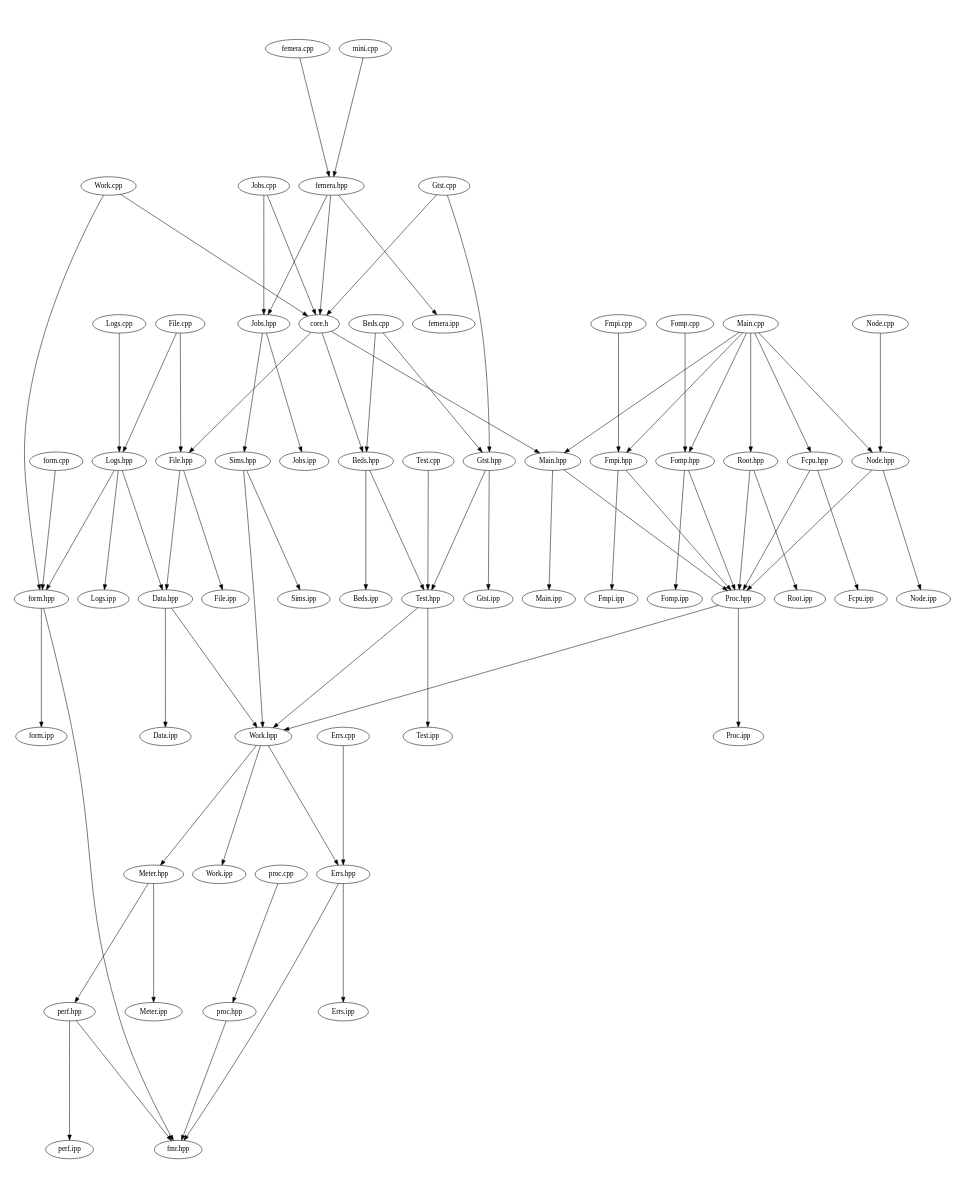
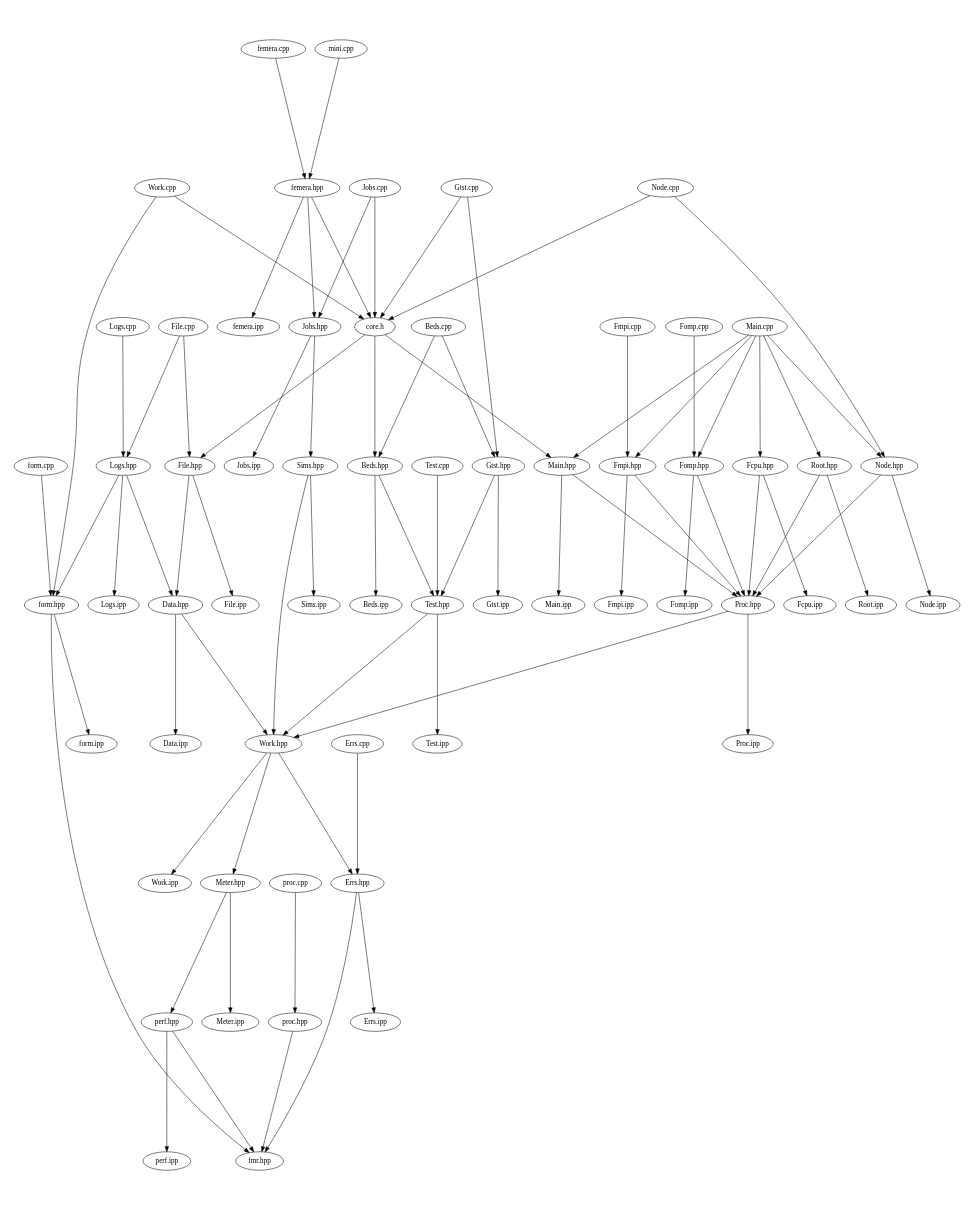
One commit to waggyz/femera-mini-app changed the diagram in src/docs/src-notest.dot. Above: the diagram before and after it, drawn with Graphviz. The commit also changed 6 other files, not shown here.

```diff
--- a/src/docs/src-notest.dot
+++ b/src/docs/src-notest.dot
@@ -1,83 +1,84 @@
 digraph "source tree" {
     overlap=scale;
     size="8,10";
     ratio="fill";
     fontsize="16";
     fontname="Helvetica";
 	clusterrank="local";
 	"Gtst.cpp" -> "core.h"
 	"femera.hpp" -> "Jobs.hpp"
 	"Meter.hpp" -> "perf.hpp"
 	"Main.cpp" -> "Fomp.hpp"
 	"Sims.hpp" -> "Work.hpp"
 	"Errs.cpp" -> "Errs.hpp"
 	"femera.cpp" -> "femera.hpp"
 	"Work.hpp" -> "Errs.hpp"
 	"Fmpi.hpp" -> "Fmpi.ipp"
 	"Sims.hpp" -> "Sims.ipp"
 	"Jobs.hpp" -> "Jobs.ipp"
 	"Fomp.cpp" -> "Fomp.hpp"
 	"Logs.cpp" -> "Logs.hpp"
 	"proc.hpp" -> "fmr.hpp"
 	"Root.hpp" -> "Proc.hpp"
 	"Main.cpp" -> "Node.hpp"
 	"Main.cpp" -> "Main.hpp"
 	"Proc.hpp" -> "Proc.ipp"
 	"Beds.cpp" -> "Gtst.hpp"
 	"Node.cpp" -> "Node.hpp"
 	"Main.cpp" -> "Fmpi.hpp"
 	"core.h" -> "Main.hpp"
 	"Main.cpp" -> "Fcpu.hpp"
 	"Work.cpp" -> "core.h"
 	"perf.hpp" -> "fmr.hpp"
 	"Data.hpp" -> "Data.ipp"
 	"Work.hpp" -> "Work.ipp"
 	"Fmpi.hpp" -> "Proc.hpp"
 	"Test.hpp" -> "Work.hpp"
 	"Node.hpp" -> "Node.ipp"
 	"form.hpp" -> "form.ipp"
 	"Gtst.cpp" -> "Gtst.hpp"
 	"femera.hpp" -> "femera.ipp"
 	"Fcpu.hpp" -> "Proc.hpp"
 	"Fomp.hpp" -> "Proc.hpp"
 	"File.hpp" -> "File.ipp"
 	"Meter.hpp" -> "Meter.ipp"
 	"core.h" -> "File.hpp"
 	"Fomp.hpp" -> "Fomp.ipp"
 	"Logs.hpp" -> "Data.hpp"
 	"Gtst.hpp" -> "Gtst.ipp"
 	"form.cpp" -> "form.hpp"
 	"File.cpp" -> "File.hpp"
 	"perf.hpp" -> "perf.ipp"
 	"proc.cpp" -> "proc.hpp"
+	"Node.cpp" -> "core.h"
 	"Fmpi.cpp" -> "Fmpi.hpp"
 	"File.cpp" -> "Logs.hpp"
 	"core.h" -> "Beds.hpp"
 	"Errs.hpp" -> "fmr.hpp"
 	"Fcpu.hpp" -> "Fcpu.ipp"
 	"Root.hpp" -> "Root.ipp"
 	"Errs.hpp" -> "Errs.ipp"
 	"Main.hpp" -> "Main.ipp"
 	"Test.cpp" -> "Test.hpp"
 	"Beds.cpp" -> "Beds.hpp"
 	"Node.hpp" -> "Proc.hpp"
 	"Main.cpp" -> "Root.hpp"
 	"Jobs.hpp" -> "Sims.hpp"
 	"Jobs.cpp" -> "Jobs.hpp"
 	"Logs.hpp" -> "Logs.ipp"
 	"File.hpp" -> "Data.hpp"
 	"mini.cpp" -> "femera.hpp"
 	"Work.cpp" -> "form.hpp"
 	"Beds.hpp" -> "Test.hpp"
 	"Proc.hpp" -> "Work.hpp"
 	"form.hpp" -> "fmr.hpp"
 	"Gtst.hpp" -> "Test.hpp"
 	"Data.hpp" -> "Work.hpp"
 	"Beds.hpp" -> "Beds.ipp"
 	"femera.hpp" -> "core.h"
 	"Jobs.cpp" -> "core.h"
 	"Work.hpp" -> "Meter.hpp"
 	"Logs.hpp" -> "form.hpp"
 	"Main.hpp" -> "Proc.hpp"
 	"Test.hpp" -> "Test.ipp"
 }
```
